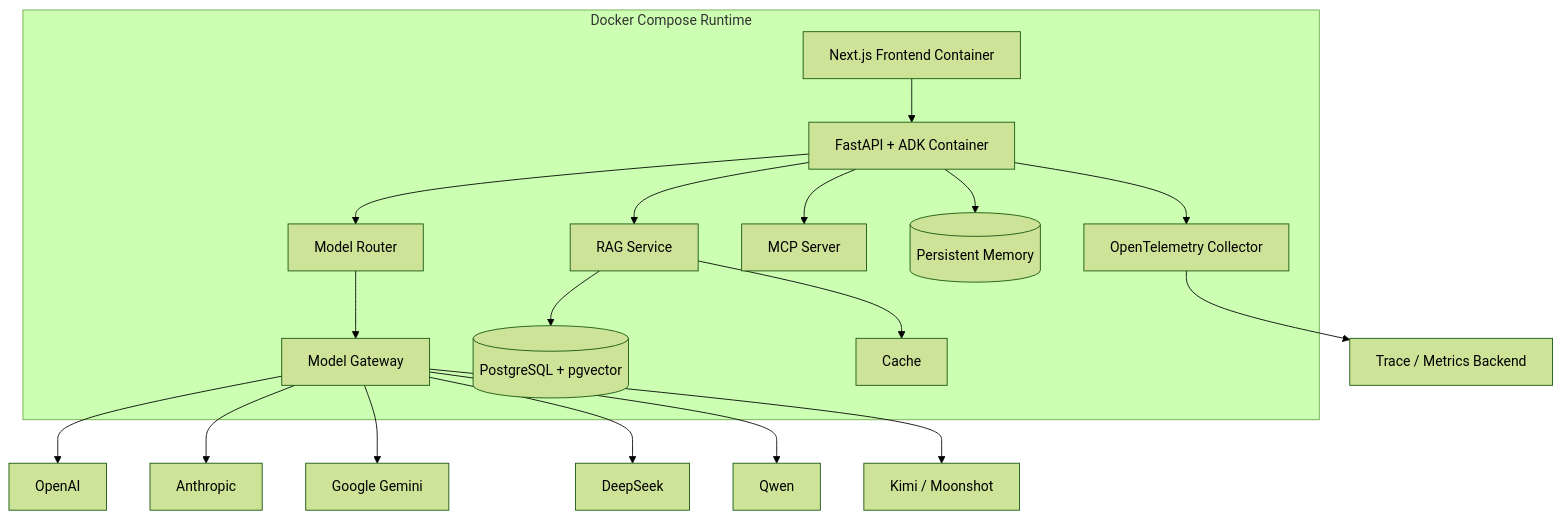
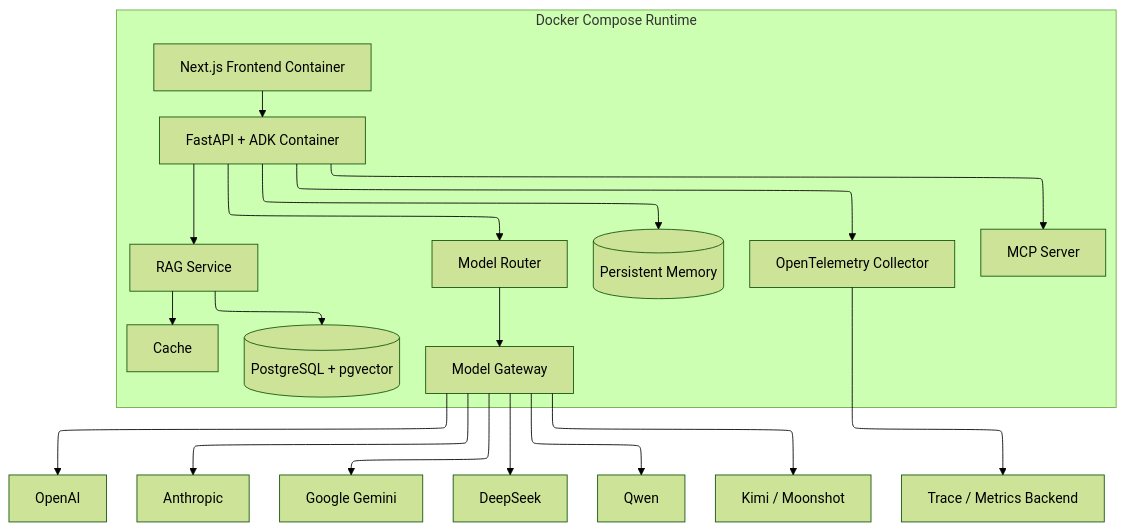
One commit to ojhaprathmesh/YogaSutra_Repo changed diagram 24 of 31 in PLAN.md. Above: the diagram before and after it, drawn with Mermaid (forest theme). The commit also changed other lines of this file, not shown here.

Commit message:
docs: unify master architecture in Section 6, add subsystem integration matrix in Section 35, and fix diagram formatting

````diff
--- a/PLAN.md
+++ b/PLAN.md
@@ -1793,40 +1879,26 @@
 ``` mermaid
+---
+config:
+  layout: elk
+---
 flowchart TB
-    UI["Next.js Frontend Container"] --> API["FastAPI + ADK Container"]
+    subgraph DOCKER["Docker Compose Runtime"]
+        API["FastAPI + ADK Container"]
+        ROUTER["Model Router"]
+        G["Model Gateway"]
+        RAG["RAG Service"]
+        MCP["MCP Server"]
+        PG[("PostgreSQL + pgvector")]
+        MEM[("Persistent Memory")]
+        CACHE["Cache"]
+        OBS["OpenTelemetry Collector"]
+        UI["Next.js Frontend Container"]
+    end
 
-    API --> ROUTER["Model Router"]
-    ROUTER --> G["Model Gateway"]
-
-    G --> GPT["OpenAI"]
-    G --> CL["Anthropic"]
-    G --> GE["Google Gemini"]
-    G --> DS["DeepSeek"]
-    G --> QW["Qwen"]
-    G --> KM["Kimi / Moonshot"]
-
-    API --> RAG["RAG Service"]
-    RAG --> PG[("PostgreSQL + pgvector")]
-
-    API --> MCP["MCP Server"]
-
-    API --> MEM[("Persistent Memory")]
-
-    API --> OBS["OpenTelemetry Collector"]
-
+    UI --> API
+    API --> ROUTER & RAG & MCP & MEM & OBS
+    ROUTER --> G
+    G --> GPT["OpenAI"] & CL["Anthropic"] & GE["Google Gemini"] & DS["DeepSeek"] & QW["Qwen"] & KM["Kimi / Moonshot"]
+    RAG --> PG & CACHE
     OBS --> TRACE["Trace / Metrics Backend"]
-
-    RAG --> CACHE["Cache"]
-
-    subgraph DOCKER["Docker Compose Runtime"]
-        API
-        ROUTER
-        G
-        RAG
-        MCP
-        PG
-        MEM
-        CACHE
-        OBS
-        UI
-    end
 ```
````
